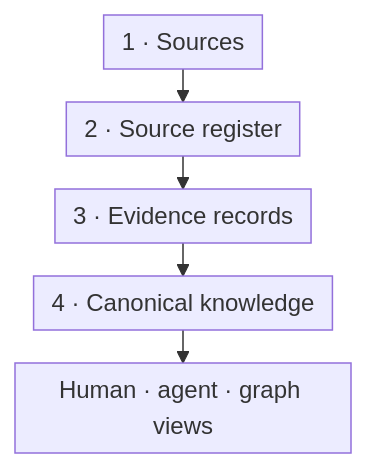
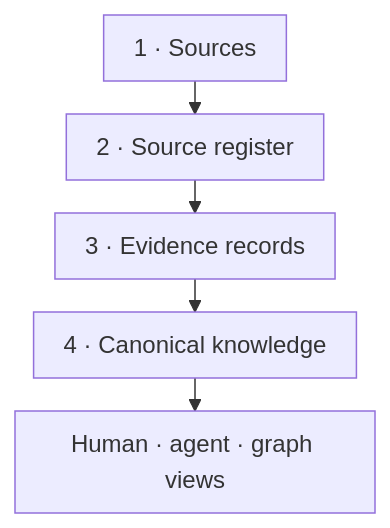
Before and after one commit to denchco/knowledge-base-wiki-standard: the diagram in docs/architecture.md, drawn with Mermaid. The commit also changed 7 other files, not shown here.

Commit message:
Increase Mermaid node padding

````diff
--- a/docs/architecture.md
+++ b/docs/architecture.md
@@ -26,17 +26,17 @@
 ```mermaid
-%%{init: {"flowchart": {"nodeSpacing": 10, "rankSpacing": 22, "padding": 6}}}%%
+%%{init: {"flowchart": {"nodeSpacing": 10, "rankSpacing": 22, "padding": 10}}}%%
 flowchart TB
   accTitle: Knowledge authority and derived surfaces
   accDescr: Sources are registered, assessed as evidence, maintained as canonical knowledge, and then presented through derived human, agent, and graph views.
 
   S["1 · Sources"]
   R["2 · Source register"]
   E["3 · Evidence records"]
   C["4 · Canonical knowledge"]
   W["Human · agent · graph views"]
   S --> R --> E --> C --> W
   class S kb-source
   class R,E kb-evidence
   class C kb-canonical
   class W kb-derived
 ```
````
